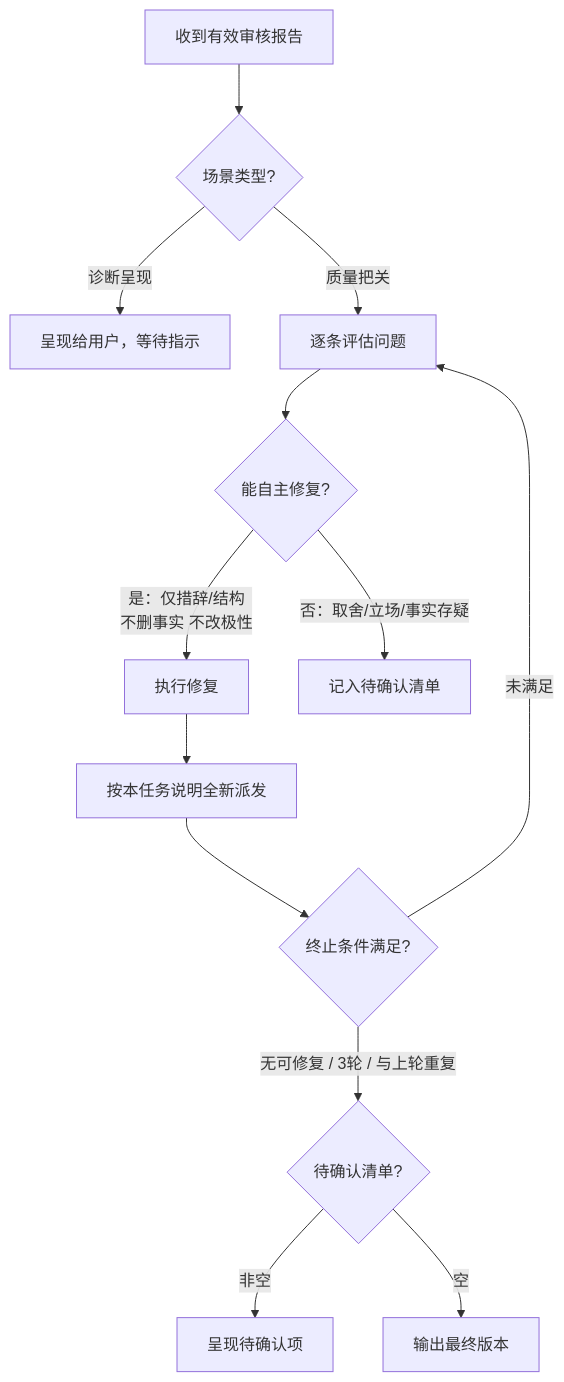
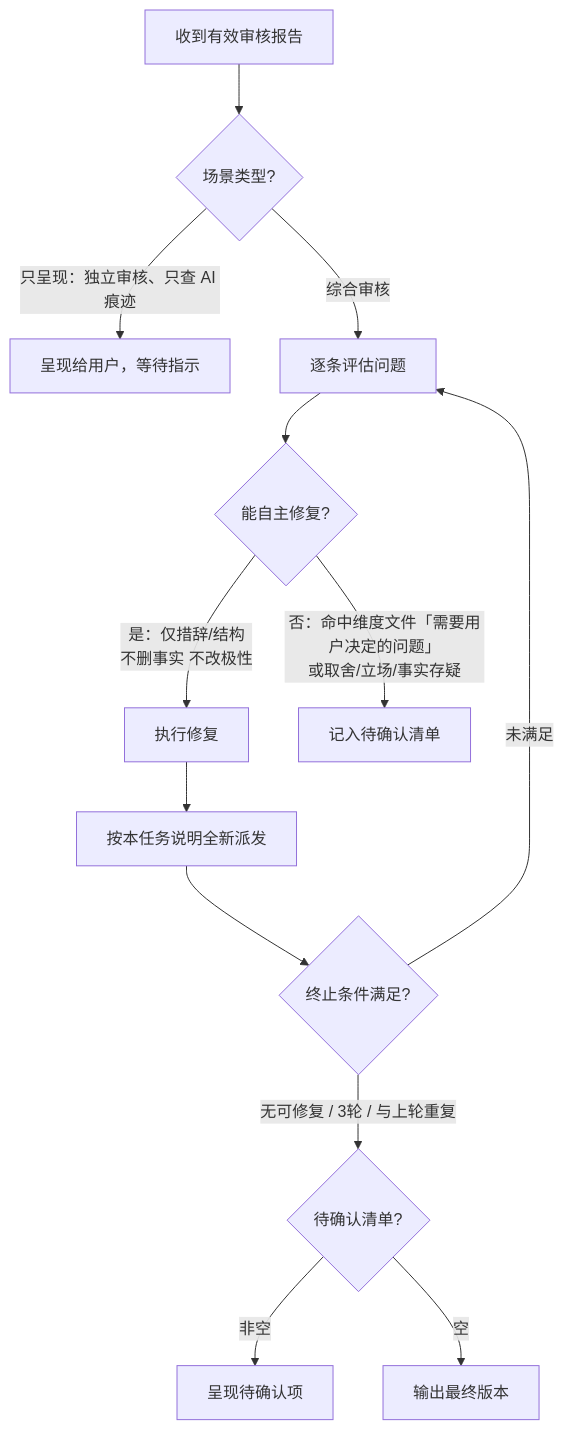
The diagram in skills/human-writing/agents/reviewer.md (AllynYonge/yonge-agent-toolset), drawn with Mermaid before and after one commit. The commit also changed other lines of this file and 35 other files, not shown here.

````diff
--- a/skills/human-writing/agents/reviewer.md
+++ b/skills/human-writing/agents/reviewer.md
@@ -93,15 +104,15 @@
 ```mermaid
 flowchart TD
     A[收到有效审核报告] --> B{场景类型?}
-    B -->|诊断呈现| C[呈现给用户，等待指示]
-    B -->|质量把关| D[逐条评估问题]
+    B -->|只呈现：独立审核、只查 AI 痕迹| C[呈现给用户，等待指示]
+    B -->|综合审核| D[逐条评估问题]
     D --> E{能自主修复?}
     E -->|是：仅措辞/结构<br>不删事实 不改极性| F[执行修复]
-    E -->|否：取舍/立场/事实存疑| G[记入待确认清单]
+    E -->|否：命中维度文件「需要用户决定的问题」<br>或取舍/立场/事实存疑| G[记入待确认清单]
     F --> H[按本任务说明全新派发]
     H --> I{终止条件满足?}
     I -->|无可修复 / 3轮 / 与上轮重复| J{待确认清单?}
     I -->|未满足| D
     J -->|非空| K[呈现待确认项]
     J -->|空| L[输出最终版本]
 ```
````
